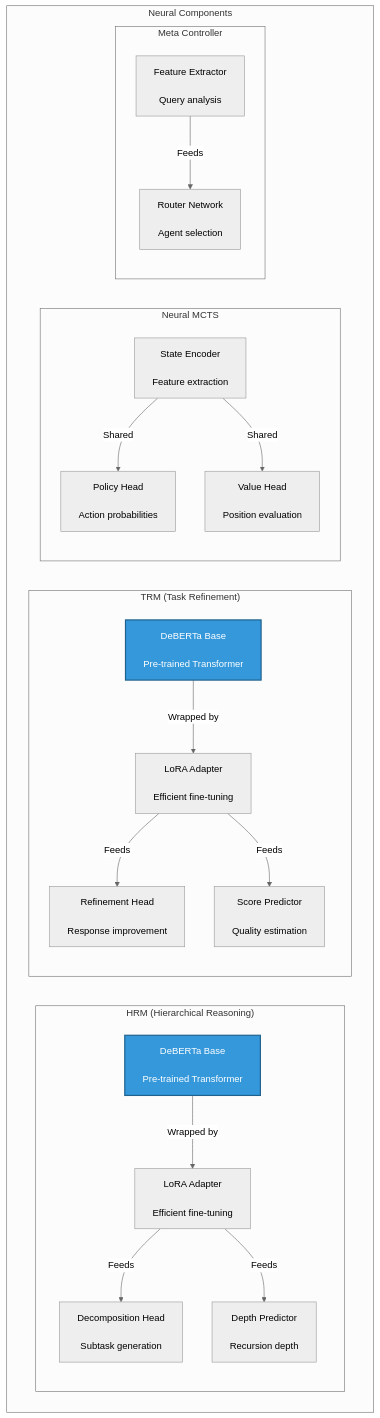
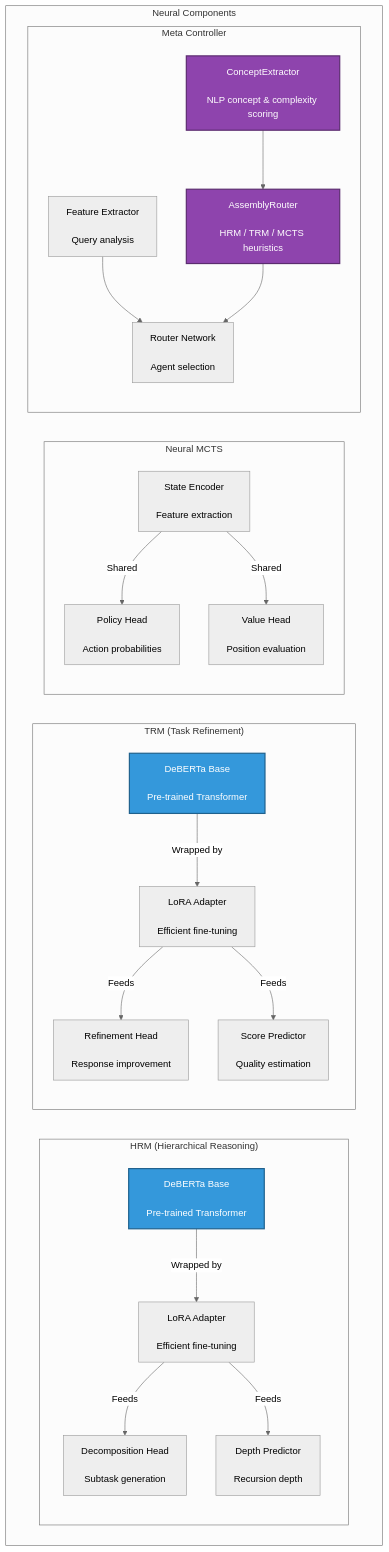
One commit to ianshank/Strategos-MCTS changed the fourth of 6 diagrams in docs/C4_ARCHITECTURE.md. Above: the diagram before and after it, drawn with Mermaid (neutral theme). The commit also changed other lines of this file and 49 other files, not shown here.

````diff
--- a/docs/C4_ARCHITECTURE.md
+++ b/docs/C4_ARCHITECTURE.md
@@ -258,45 +261,51 @@
 ```mermaid
 graph TB
     subgraph "Neural Components"
         subgraph "HRM (Hierarchical Reasoning)"
             HRMBase[DeBERTa Base<br/><br/>Pre-trained Transformer]
             HRMLoRA[LoRA Adapter<br/><br/>Efficient fine-tuning]
             DecompHead[Decomposition Head<br/><br/>Subtask generation]
             DepthHead[Depth Predictor<br/><br/>Recursion depth]
         end
 
         subgraph "TRM (Task Refinement)"
             TRMBase[DeBERTa Base<br/><br/>Pre-trained Transformer]
             TRMLoRA[LoRA Adapter<br/><br/>Efficient fine-tuning]
             RefineHead[Refinement Head<br/><br/>Response improvement]
             ScoreHead[Score Predictor<br/><br/>Quality estimation]
         end
 
         subgraph "Neural MCTS"
             StateEnc[State Encoder<br/><br/>Feature extraction]
             PolicyNet[Policy Head<br/><br/>Action probabilities]
             ValueNet[Value Head<br/><br/>Position evaluation]
         end
 
         subgraph "Meta Controller"
             RouterNet[Router Network<br/><br/>Agent selection]
             FeatureExt[Feature Extractor<br/><br/>Query analysis]
+            AssemblyRouter[AssemblyRouter<br/><br/>HRM / TRM / MCTS heuristics]
+            ConceptExtractor[ConceptExtractor<br/><br/>NLP concept & complexity scoring]
         end
     end
 
     HRMBase -->|Wrapped by| HRMLoRA
     HRMLoRA -->|Feeds| DecompHead
     HRMLoRA -->|Feeds| DepthHead
 
     TRMBase -->|Wrapped by| TRMLoRA
     TRMLoRA -->|Feeds| RefineHead
     TRMLoRA -->|Feeds| ScoreHead
 
     StateEnc -->|Shared| PolicyNet
     StateEnc -->|Shared| ValueNet
 
-    FeatureExt -->|Feeds| RouterNet
+    FeatureExt --> RouterNet
+    ConceptExtractor --> AssemblyRouter
+    AssemblyRouter --> RouterNet
 
     style HRMBase fill:#3498DB,stroke:#1F618D,stroke-width:2px,color:#fff
     style TRMBase fill:#3498DB,stroke:#1F618D,stroke-width:2px,color:#fff
+    style AssemblyRouter fill:#8E44AD,stroke:#5B2C6F,stroke-width:2px,color:#fff
+    style ConceptExtractor fill:#8E44AD,stroke:#5B2C6F,stroke-width:2px,color:#fff
 ```
````
